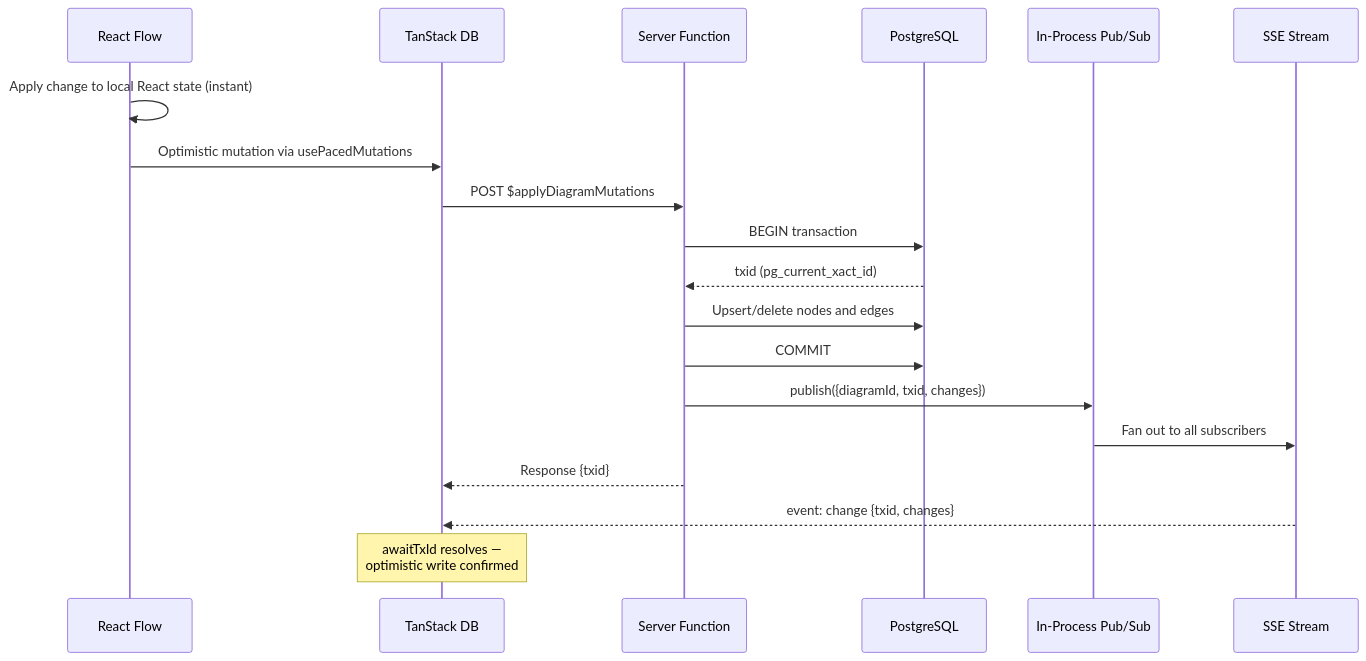
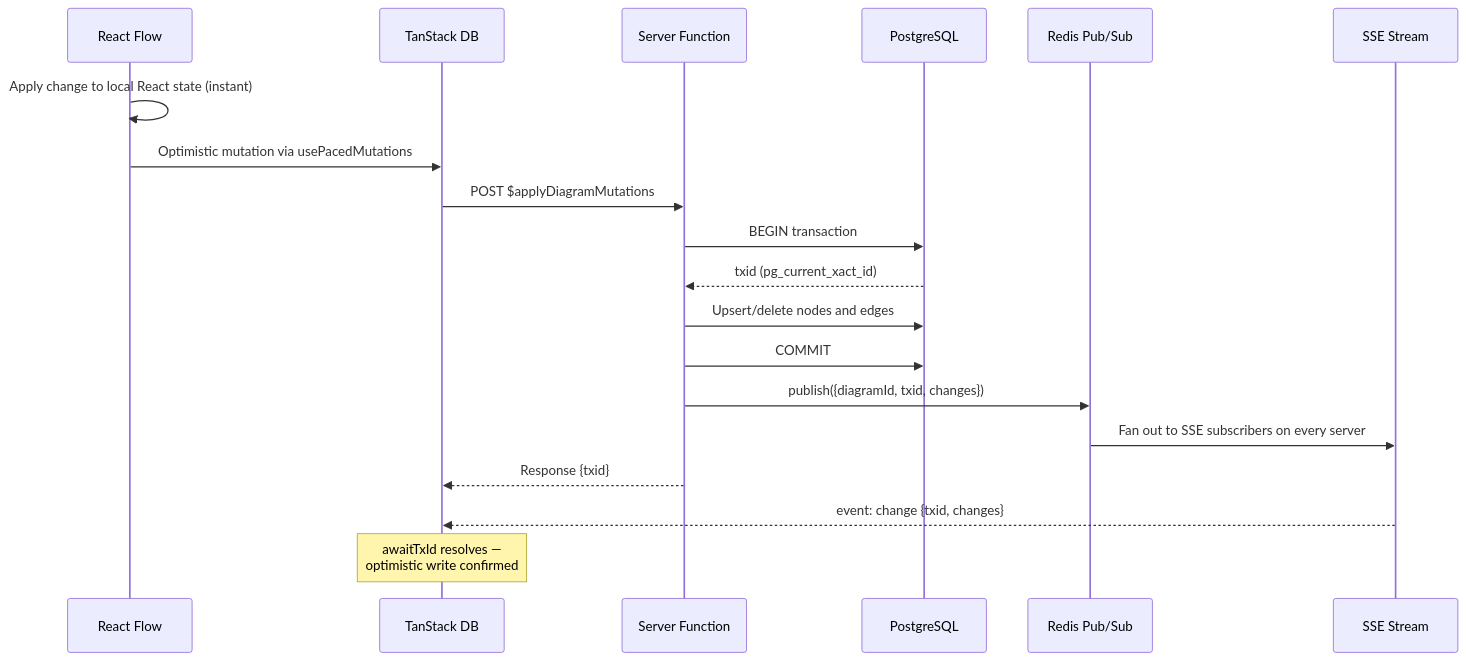
Before and after one commit to sandstone991/react-flow-multiplayer-tanstack-db: the second of 3 diagrams in README.md, drawn with Mermaid. The commit also changed other lines of this file and 11 other files, not shown here.

````diff
--- a/README.md
+++ b/README.md
@@ -114,22 +119,22 @@
 ```mermaid
 sequenceDiagram
     participant UI as React Flow
     participant DB as TanStack DB
     participant Server as Server Function
     participant PG as PostgreSQL
-    participant PubSub as In-Process Pub/Sub
+    participant PubSub as Redis Pub/Sub
     participant SSE as SSE Stream
 
     UI->>UI: Apply change to local React state (instant)
     UI->>DB: Optimistic mutation via usePacedMutations
     DB->>Server: POST $applyDiagramMutations
     Server->>PG: BEGIN transaction
     PG-->>Server: txid (pg_current_xact_id)
     Server->>PG: Upsert/delete nodes and edges
     Server->>PG: COMMIT
     Server->>PubSub: publish({diagramId, txid, changes})
-    PubSub->>SSE: Fan out to all subscribers
+    PubSub->>SSE: Fan out to SSE subscribers on every server
     Server-->>DB: Response {txid}
     SSE-->>DB: event: change {txid, changes}
     Note over DB: awaitTxId resolves —<br/>optimistic write confirmed
 ```
````
